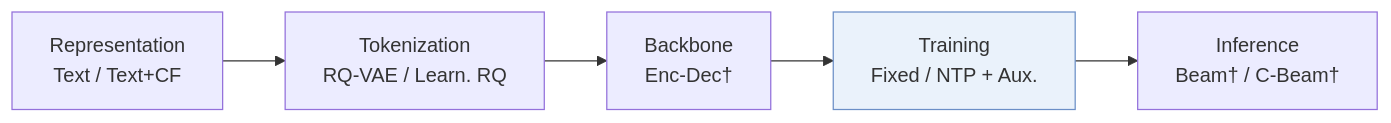
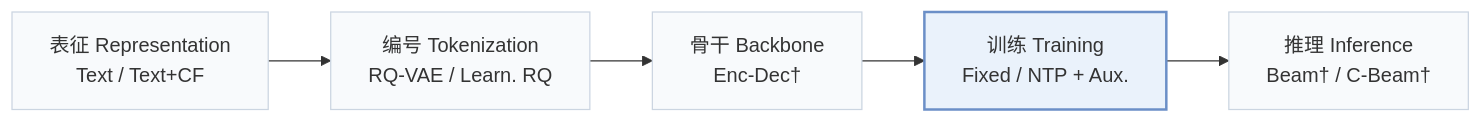
One commit to Galaxy-ghost/Awesome-SID-Generative-Rec changed the first of 3 diagrams in pages/zh/papers/gflowgr.md. Above: the diagram before and after it, drawn with Mermaid. The commit also changed other lines of this file and 649 other files, not shown here.

Commit message:
writer-05: also tags and modality index (schema, check, build, visuals); summary field removed; calibration data for 12 papers

````diff
--- a/pages/zh/papers/gflowgr.md
+++ b/pages/zh/papers/gflowgr.md
@@ -13,6 +15,8 @@
 ```mermaid
 flowchart LR
-    R["Representation<br/>Text / Text+CF"] --> T["Tokenization<br/>RQ-VAE / Learn. RQ"] --> B["Backbone<br/>Enc-Dec†"] --> TR["Training<br/>Fixed / NTP + Aux."] --> I["Inference<br/>Beam† / C-Beam†"]
-    classDef main fill:#eaf2fb,stroke:#6b8fc7
+    R["表征 Representation<br/>Text / Text+CF"] --> T["编号 Tokenization<br/>RQ-VAE / Learn. RQ"] --> B["骨干 Backbone<br/>Enc-Dec†"] --> TR["训练 Training<br/>Fixed / NTP + Aux."] --> I["推理 Inference<br/>Beam† / C-Beam†"]
+    classDef base fill:#f8fafc,stroke:#cbd5e1
+    class R,T,B,TR,I base
+    classDef main fill:#eaf2fb,stroke:#6b8fc7,stroke-width:2px
     class TR main
 ```
````
